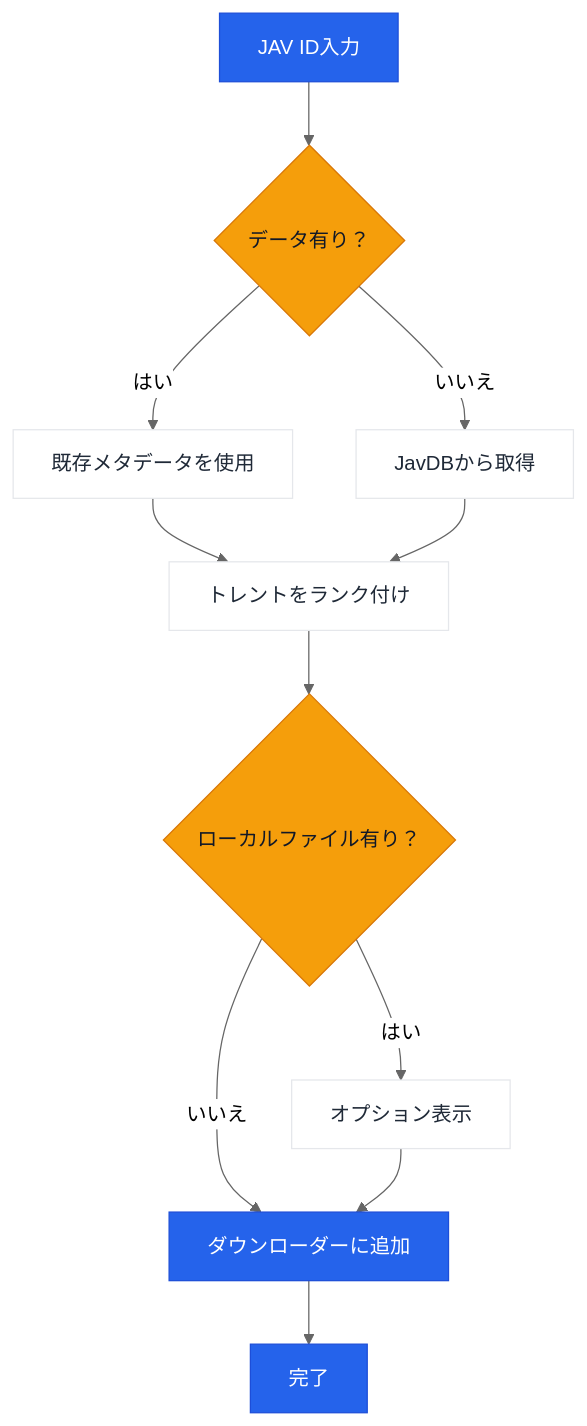
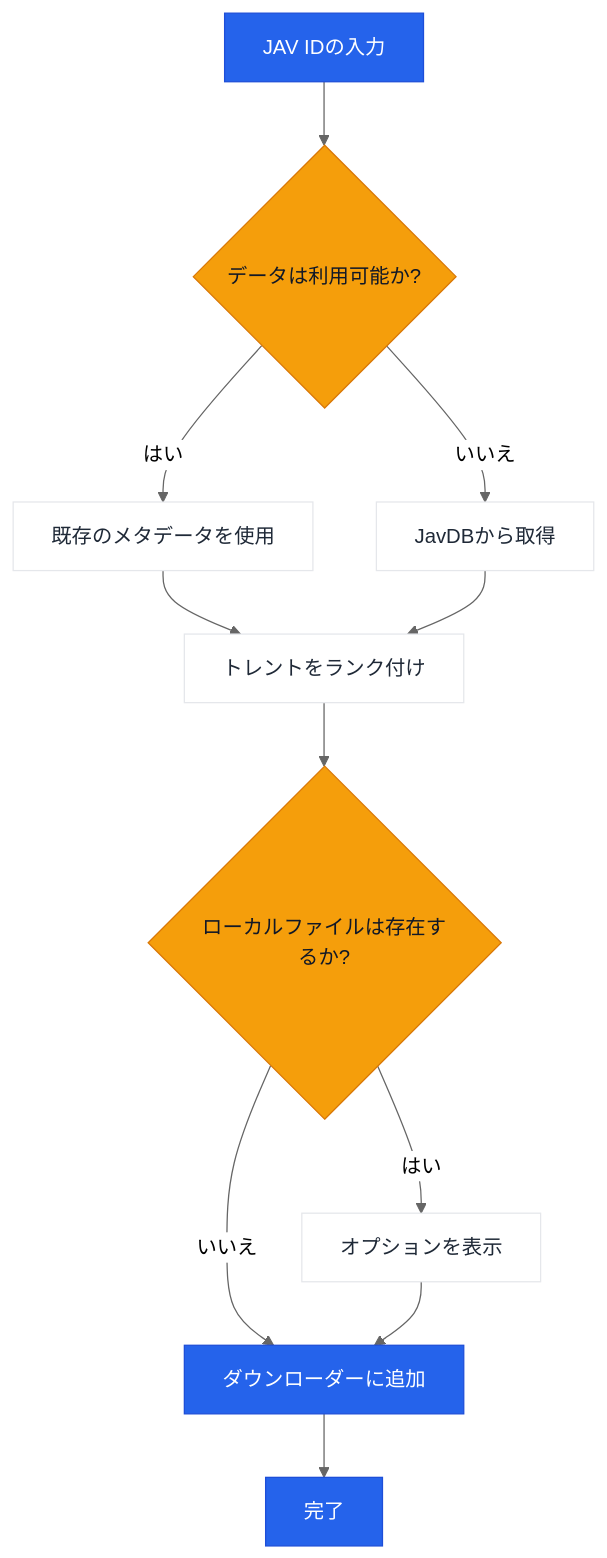
Before and after one commit to jqknono/jav-manager: the diagram in README.ja.md, drawn with Mermaid (neutral theme). The commit also changed other lines of this file and 19 other files, not shown here.

````diff
--- a/README.ja.md
+++ b/README.ja.md
@@ -19,21 +19,21 @@
 ```mermaid
 flowchart TD
-    A[JAV ID入力] --> B{データ有り？}
-    B -->|はい| C[既存メタデータを使用]
+    A[JAV IDの入力] --> B{データは利用可能か?}
+    B -->|はい| C[既存のメタデータを使用]
     B -->|いいえ| D[JavDBから取得]
     C --> E[トレントをランク付け]
     D --> E
-    E --> F{ローカルファイル有り？}
-    F -->|はい| G[オプション表示]
+    E --> F{ローカルファイルは存在するか?}
+    F -->|はい| G[オプションを表示]
     F -->|いいえ| H[ダウンローダーに追加]
     G --> H
     H --> I[完了]
 
     classDef primary fill:#2563eb,stroke:#1d4ed8,color:#ffffff;
     classDef decision fill:#f59e0b,stroke:#d97706,color:#111827;
     classDef neutral fill:#ffffff,stroke:#e5e7eb,color:#1f2937;
 
     class A,H,I primary;
     class B,F decision;
     class C,D,E,G neutral;
 ```
````
